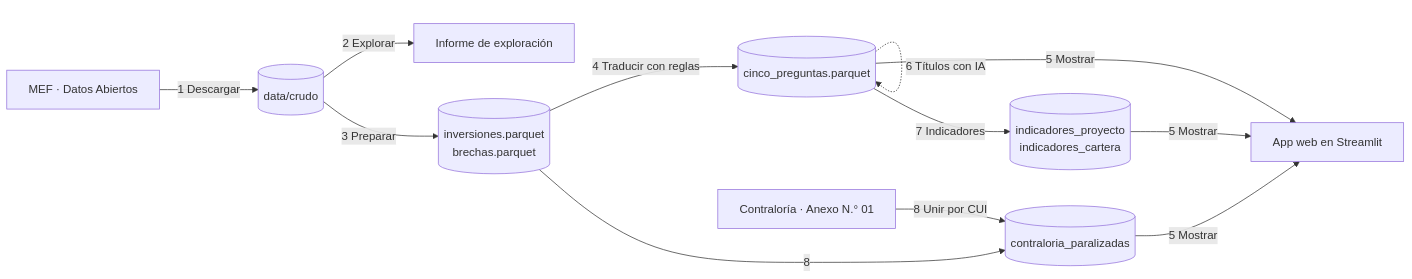
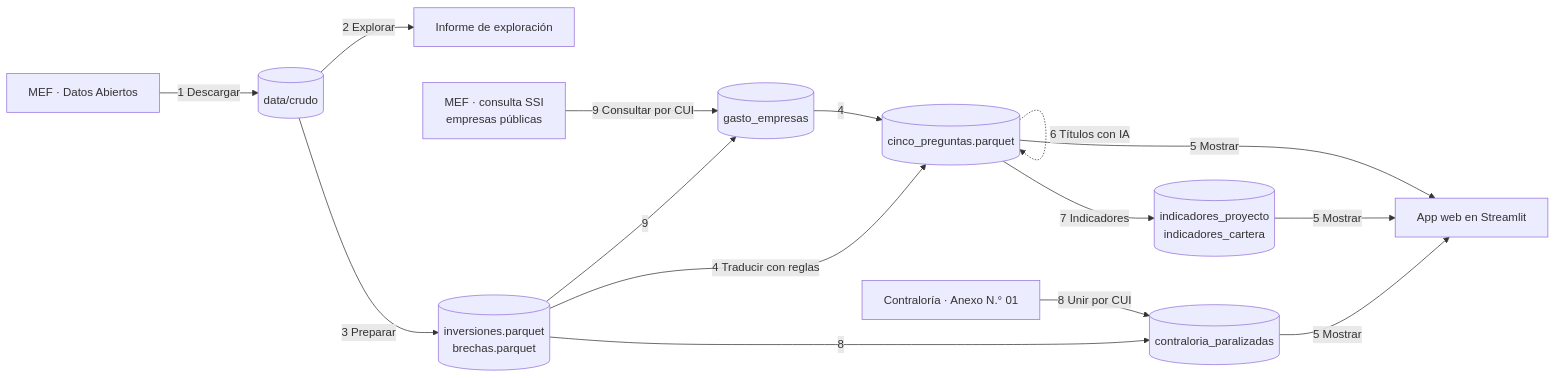
One commit to diegosimemirror/tarea5 changed the diagram in docs/mapa_de_procesos.md. Above: the diagram before and after it, drawn with Mermaid. The commit also changed other lines of this file and 13 other files, not shown here.

First line of the commit message:
Gasto de EsSalud y empresas de FONAFE desde la consulta SSI (Proceso 9)

````diff
--- a/docs/mapa_de_procesos.md
+++ b/docs/mapa_de_procesos.md
@@ -17,14 +18,17 @@
 ```mermaid
 flowchart LR
   A[MEF · Datos Abiertos] -->|1 Descargar| B[(data/crudo)]
   B -->|2 Explorar| C[Informe de exploración]
   B -->|3 Preparar| D[(inversiones.parquet<br>brechas.parquet)]
+  J[MEF · consulta SSI<br>empresas públicas] -->|9 Consultar por CUI| K[(gasto_empresas)]
+  D -->|9| K
+  K -->|4| E
   D -->|4 Traducir con reglas| E[(cinco_preguntas.parquet)]
   E -.->|6 Títulos con IA| E
   E -->|7 Indicadores| G[(indicadores_proyecto<br>indicadores_cartera)]
   E -->|5 Mostrar| F[App web en Streamlit]
   G -->|5 Mostrar| F
   H[Contraloría · Anexo N.° 01] -->|8 Unir por CUI| I[(contraloria_paralizadas)]
   D -->|8| I
   I -->|5 Mostrar| F
 ```
````
